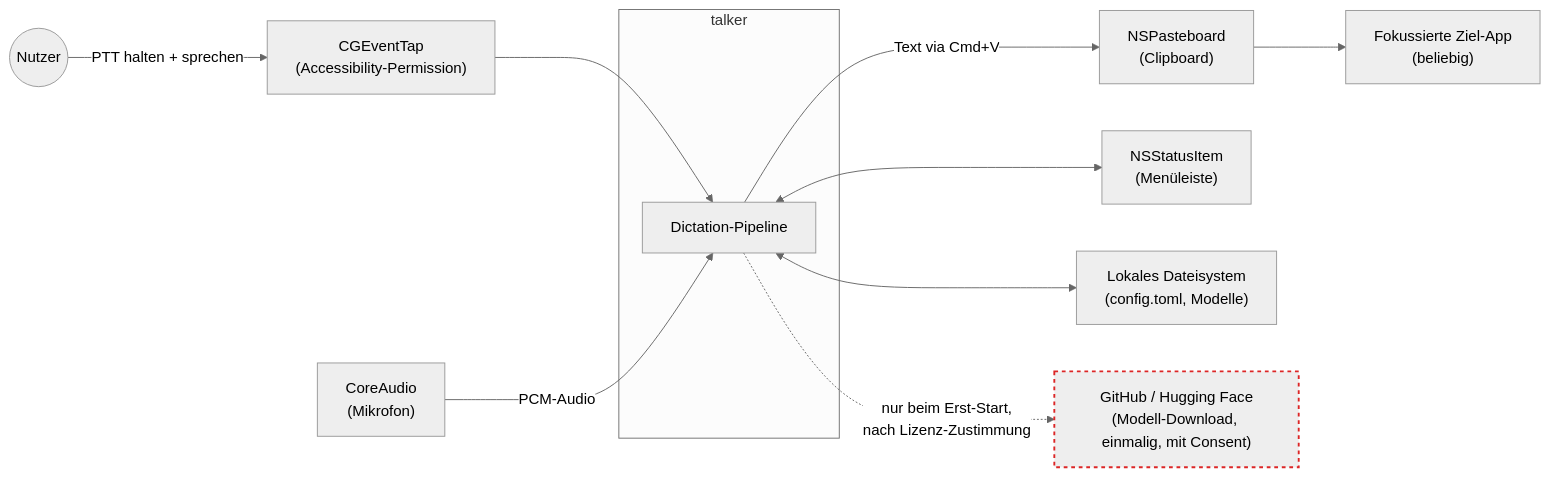
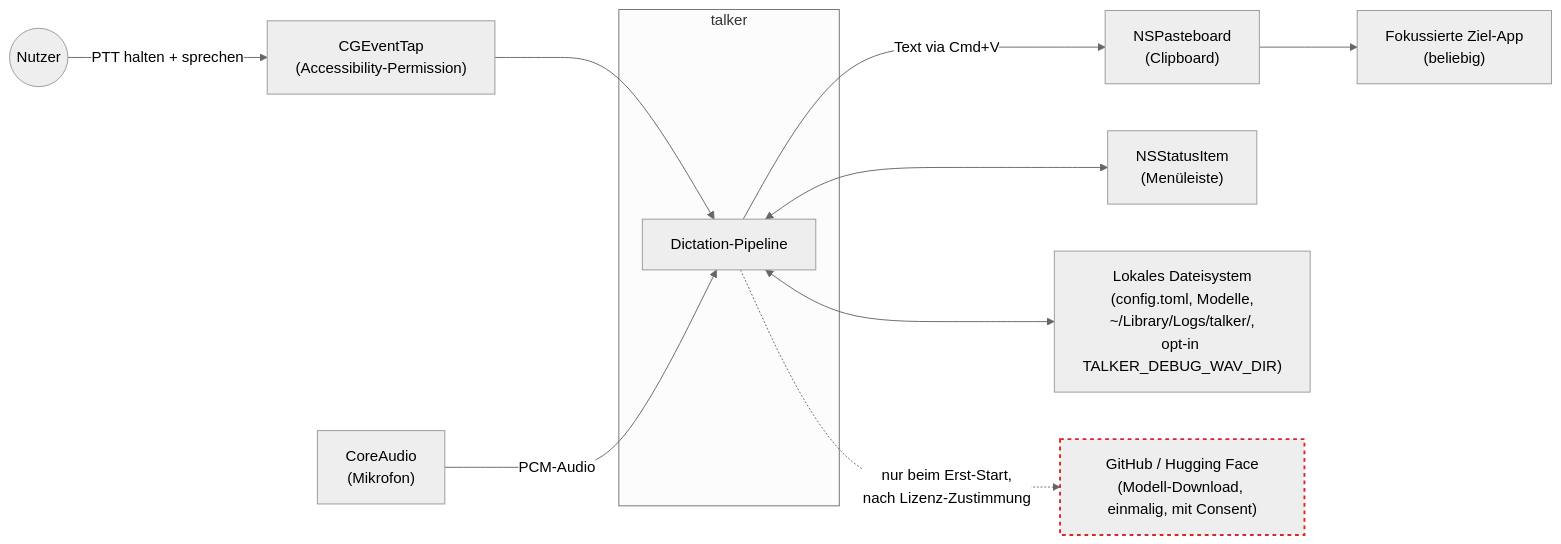
One commit to reneleban/talker changed the third of 3 diagrams in docs/architecture/overview.md. Above: the diagram before and after it, drawn with Mermaid (neutral theme). The commit also changed other lines of this file and 56 other files, not shown here.

````diff
--- a/docs/architecture/overview.md
+++ b/docs/architecture/overview.md
@@ -125,28 +140,28 @@
 ```mermaid
 flowchart LR
     User(("Nutzer"))
     TargetApp["Fokussierte Ziel-App<br/>(beliebig)"]
 
     subgraph talker["talker"]
         core["Dictation-Pipeline"]
     end
 
     CoreAudio["CoreAudio<br/>(Mikrofon)"]
     EventTap["CGEventTap<br/>(Accessibility-Permission)"]
     Pasteboard["NSPasteboard<br/>(Clipboard)"]
     StatusItem["NSStatusItem<br/>(Menüleiste)"]
-    FS["Lokales Dateisystem<br/>(config.toml, Modelle)"]
+    FS["Lokales Dateisystem<br/>(config.toml, Modelle,<br/>~/Library/Logs/talker/,<br/>opt-in TALKER_DEBUG_WAV_DIR)"]
     ModelHosts["GitHub / Hugging Face<br/>(Modell-Download, einmalig, mit Consent)"]
 
     User -- "PTT halten + sprechen" --> EventTap
     EventTap --> core
     CoreAudio -- "PCM-Audio" --> core
     core -- "Text via Cmd+V" --> Pasteboard
     Pasteboard --> TargetApp
     core <--> StatusItem
     core <--> FS
     core -. "nur beim Erst-Start,<br/>nach Lizenz-Zustimmung" .-> ModelHosts
 
     classDef net stroke:#dc2626,stroke-width:2px,stroke-dasharray: 4 4;
     class ModelHosts net
 ```
````
